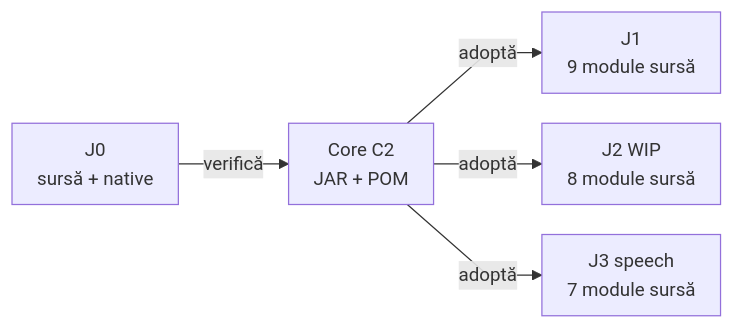
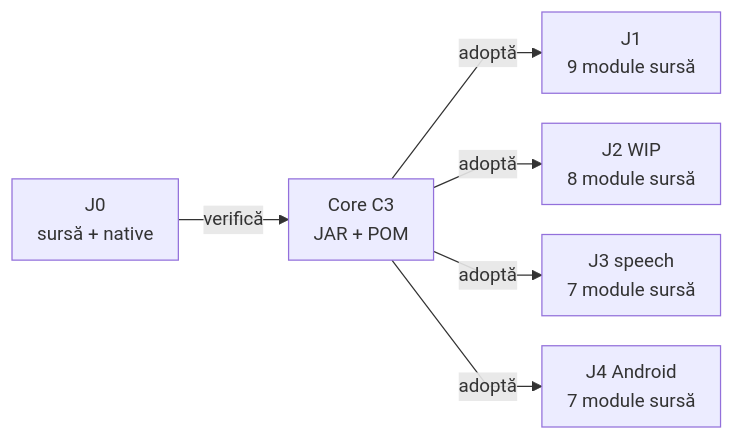
The diagram in docs/ATF_Core_Consumer.md (crististefanita/atf_j2), drawn with Mermaid before and after one commit. The commit also changed other lines of this file and 33 other files, not shown here.

````diff
--- a/docs/ATF_Core_Consumer.md
+++ b/docs/ATF_Core_Consumer.md
@@ -57,8 +57,9 @@
 ```mermaid
 %%{init: {"themeVariables":{"fontSize":"15px"},"themeCSS":".nodeLabel, .nodeLabel p { font-size: 15px !important; line-height: 1.35 !important; } .edgeLabel, .edgeLabel p { font-size: 12px !important; font-weight: 400 !important; line-height: 1.2 !important; } .edgeLabel .labelBkg, .edgeLabel p { background: transparent !important; } .edgeLabel foreignObject { transform: translateY(-18px); overflow: visible; } .node rect { rx: 6px; ry: 6px; }","flowchart":{"curve":"linear","nodeSpacing":24,"rankSpacing":40,"padding":10,"diagramPadding":16}}}%%
 flowchart LR
-    Owner["J0<br/>sursă + native"] -->|verifică| Binary["Core C2<br/>JAR + POM"]
+    Owner["J0<br/>sursă + native"] -->|verifică| Binary["Core C3<br/>JAR + POM"]
     Binary -->|adoptă| J1["J1<br/>9 module sursă"]
     Binary -->|adoptă| J2["J2 WIP<br/>8 module sursă"]
     Binary -->|adoptă| J3["J3 speech<br/>7 module sursă"]
+    Binary -->|adoptă| J4["J4 Android<br/>7 module sursă"]
 ```
````
